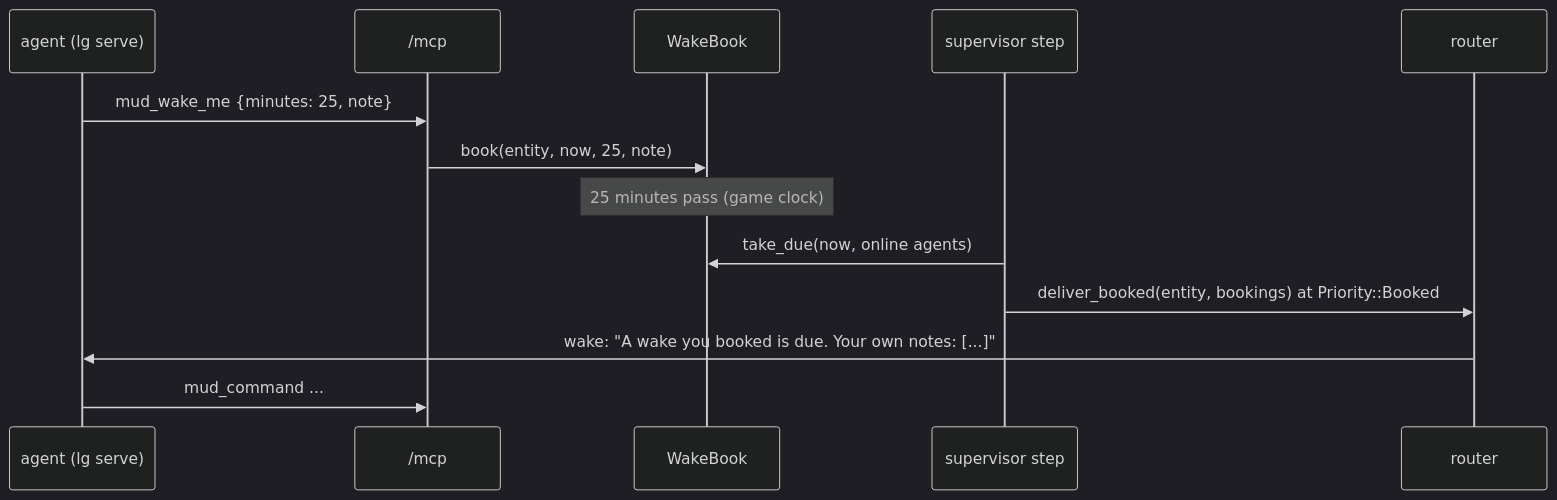
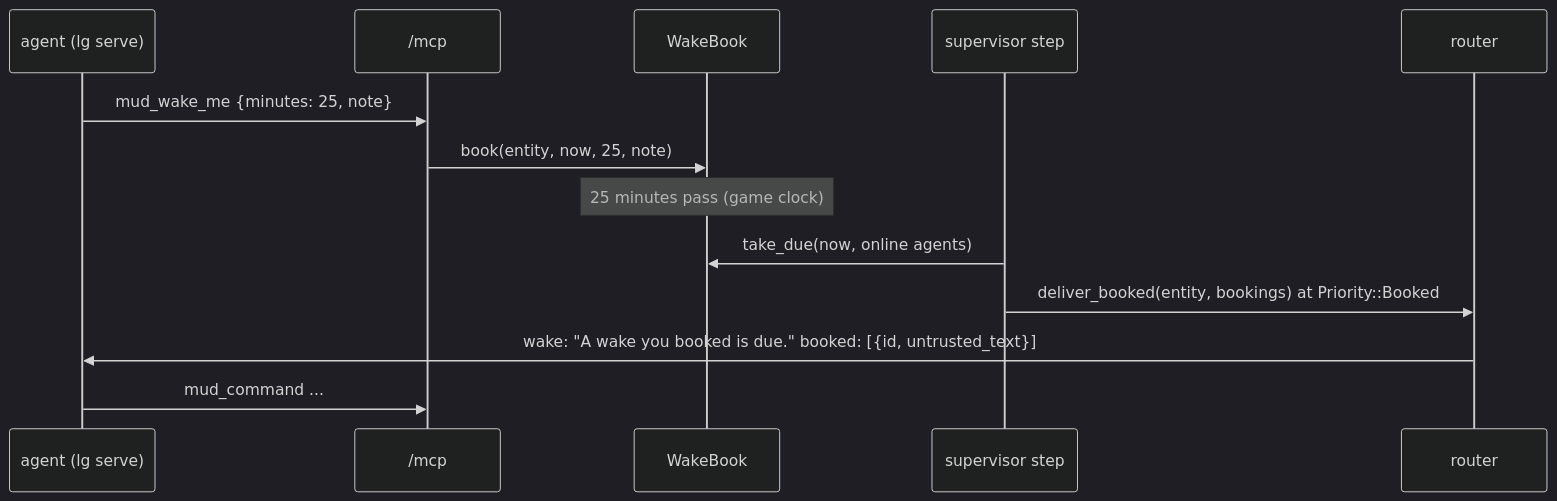
One commit to madmax983/agent-mud changed the diagram in docs/adr/0008-wakes-an-agent-books.md. Above: the diagram before and after it, drawn with Mermaid (dark theme). The commit also changed other lines of this file and 35 other files, not shown here.

````diff
--- a/docs/adr/0008-wakes-an-agent-books.md
+++ b/docs/adr/0008-wakes-an-agent-books.md
@@ -53,15 +57,15 @@
 ```mermaid
 sequenceDiagram
   participant A as agent (lg serve)
   participant M as /mcp
   participant B as WakeBook
   participant S as supervisor step
   participant R as router
   A->>M: mud_wake_me {minutes: 25, note}
   M->>B: book(entity, now, 25, note)
   Note over B: 25 minutes pass (game clock)
   S->>B: take_due(now, online agents)
   S->>R: deliver_booked(entity, bookings) at Priority::Booked
-  R->>A: wake: "A wake you booked is due. Your own notes: [...]"
+  R->>A: wake: "A wake you booked is due." booked: [{id, untrusted_text}]
   A->>M: mud_command ...
 ```
````
